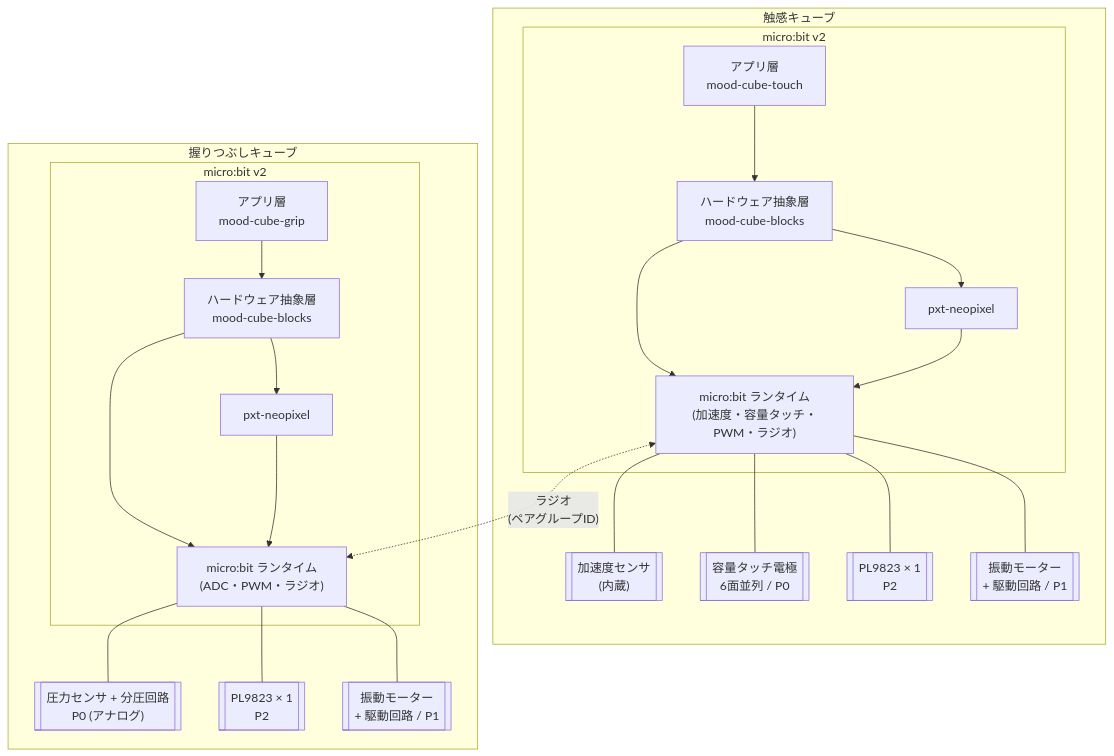
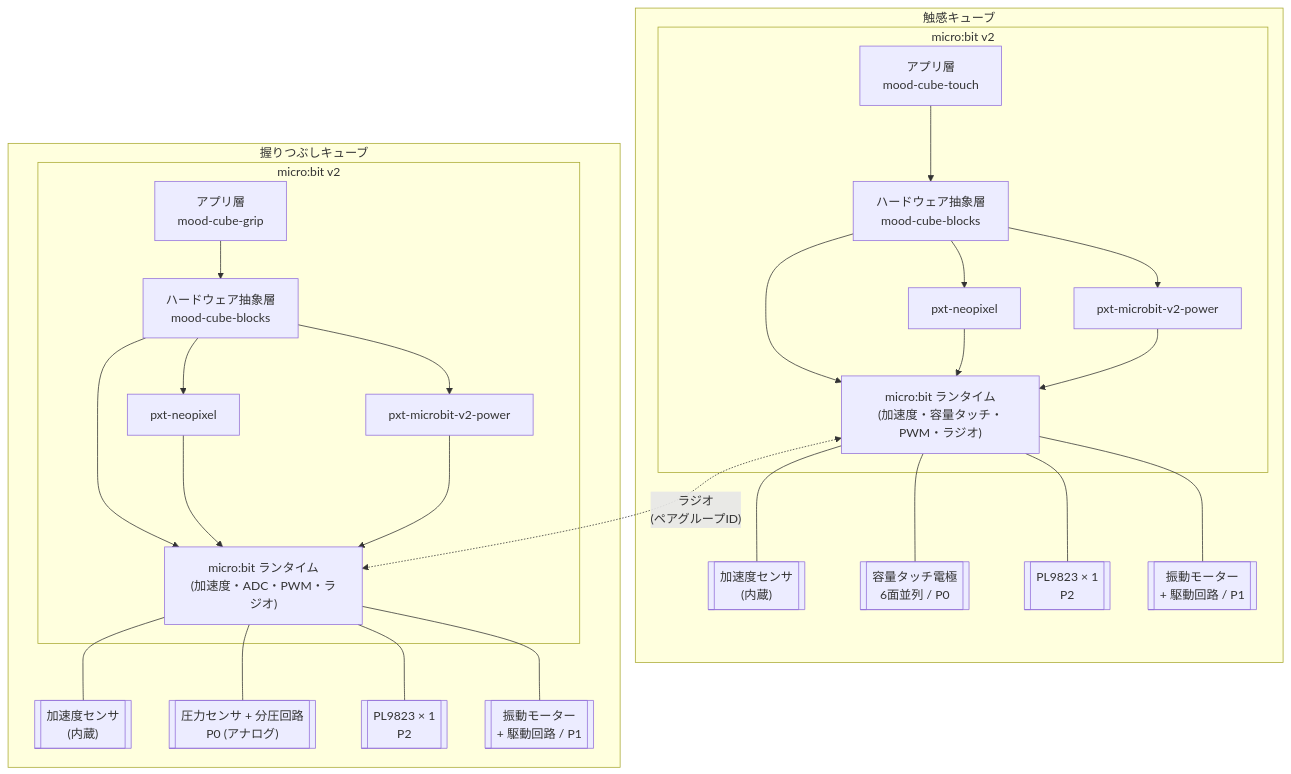
Before and after one commit to hideosasaki/mood-cube-blocks: the diagram in docs/architecture.md, drawn with Mermaid. The commit also changed other lines of this file and 3 other files, not shown here.

````diff
--- a/docs/architecture.md
+++ b/docs/architecture.md
@@ -23,44 +23,52 @@
 ```mermaid
 flowchart TB
     subgraph TouchCube["触感キューブ"]
         subgraph TouchMbit["micro:bit v2"]
             TouchApp["アプリ層<br/>mood-cube-touch"]
             TouchExt["ハードウェア抽象層<br/>mood-cube-blocks"]
             TouchNeo["pxt-neopixel"]
+            TouchPwr["pxt-microbit-v2-power"]
             TouchRuntime["micro:bit ランタイム<br/>(加速度・容量タッチ・PWM・ラジオ)"]
             TouchApp --> TouchExt
             TouchExt --> TouchNeo
+            TouchExt --> TouchPwr
             TouchExt --> TouchRuntime
             TouchNeo --> TouchRuntime
+            TouchPwr --> TouchRuntime
         end
         TouchAccel[["加速度センサ<br/>(内蔵)"]]
         TouchPins[["容量タッチ電極<br/>6面並列 / P0"]]
         TouchLed[["PL9823 × 1<br/>P2"]]
         TouchVibe[["振動モーター<br/>+ 駆動回路 / P1"]]
         TouchRuntime --- TouchAccel
         TouchRuntime --- TouchPins
         TouchRuntime --- TouchLed
         TouchRuntime --- TouchVibe
     end
 
     subgraph GripCube["握りつぶしキューブ"]
         subgraph GripMbit["micro:bit v2"]
             GripApp["アプリ層<br/>mood-cube-grip"]
             GripExt["ハードウェア抽象層<br/>mood-cube-blocks"]
             GripNeo["pxt-neopixel"]
-            GripRuntime["micro:bit ランタイム<br/>(ADC・PWM・ラジオ)"]
+            GripPwr["pxt-microbit-v2-power"]
+            GripRuntime["micro:bit ランタイム<br/>(加速度・ADC・PWM・ラジオ)"]
             GripApp --> GripExt
             GripExt --> GripNeo
+            GripExt --> GripPwr
             GripExt --> GripRuntime
             GripNeo --> GripRuntime
+            GripPwr --> GripRuntime
         end
+        GripAccel[["加速度センサ<br/>(内蔵)"]]
         GripPressure[["圧力センサ + 分圧回路<br/>P0 (アナログ)"]]
         GripLed[["PL9823 × 1<br/>P2"]]
         GripVibe[["振動モーター<br/>+ 駆動回路 / P1"]]
+        GripRuntime --- GripAccel
         GripRuntime --- GripPressure
         GripRuntime --- GripLed
         GripRuntime --- GripVibe
     end
 
     TouchRuntime <-. "ラジオ<br/>(ペアグループID)" .-> GripRuntime
 ```
````
